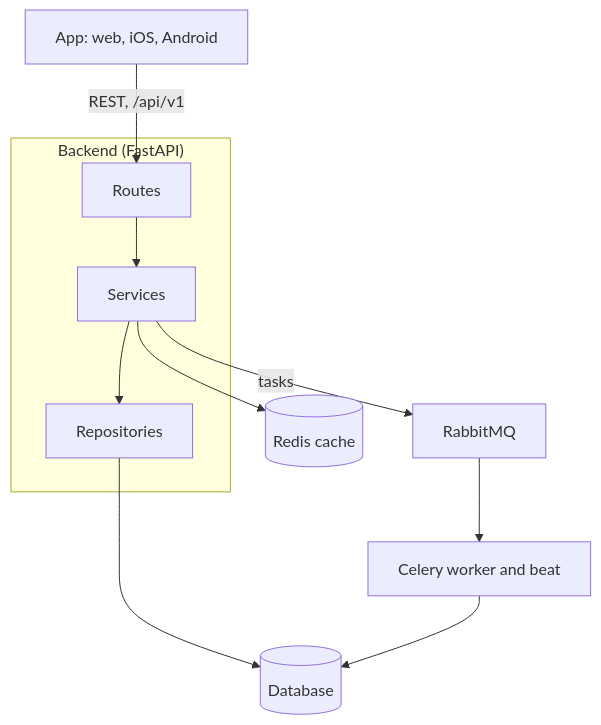
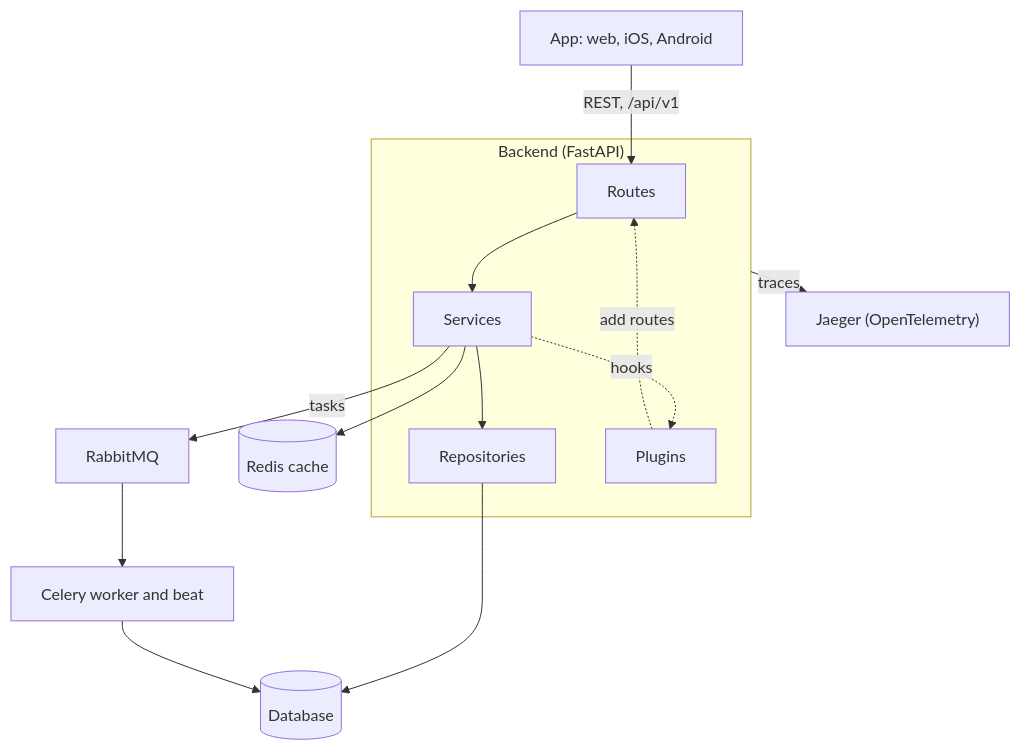
The diagram in docs-site/docs/developers/overview.md (CMDxAI/CMDXAI-website), drawn with Mermaid before and after one commit. The commit also changed other lines of this file, not shown here.

Commit message:
Show plugins and tracing, and database minimums
Review answers on PR #43: the diagram now shows plugins (the loader
mounts their routes and registers their hook handlers) and the backend's
OpenTelemetry traces to Jaeger. The database row names the minimum
versions the installer enforces: PostgreSQL 13, MySQL 8, SQLite 3.35.

````diff
--- a/docs-site/docs/developers/overview.md
+++ b/docs-site/docs/developers/overview.md
@@ -22,12 +22,16 @@
 ```mermaid
 flowchart TB
   app["App: web, iOS, Android"] -->|"REST, /api/v1"| routes
   subgraph backend["Backend (FastAPI)"]
     routes["Routes"] --> services["Services"] --> repos["Repositories"]
+    plugins["Plugins"]
   end
+  plugins -.->|"add routes"| routes
+  services -.->|hooks| plugins
   services --> redis[("Redis cache")]
   services -->|tasks| mq["RabbitMQ"]
   repos --> db[("Database")]
   mq --> workers["Celery worker and beat"]
   workers --> db
+  backend -->|traces| jaeger["Jaeger (OpenTelemetry)"]
 ```
````
